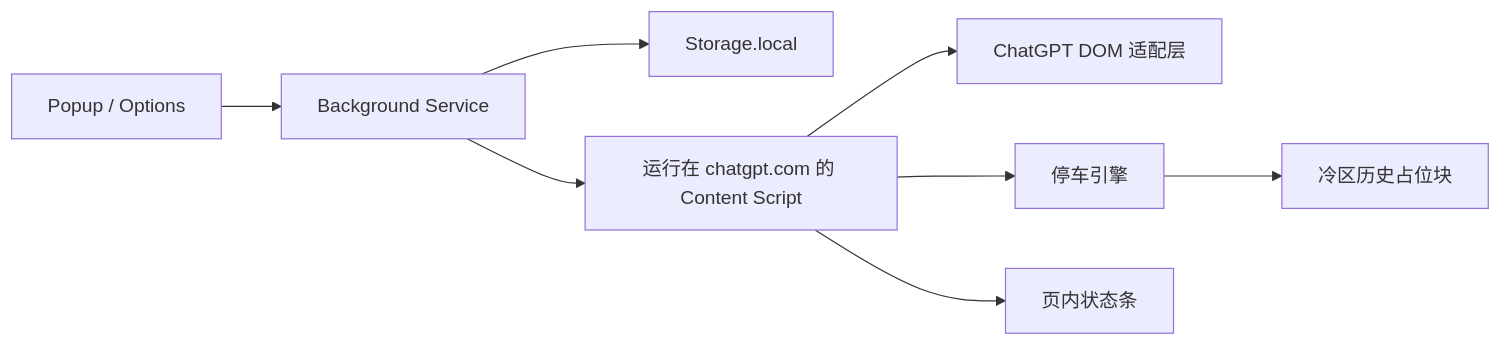
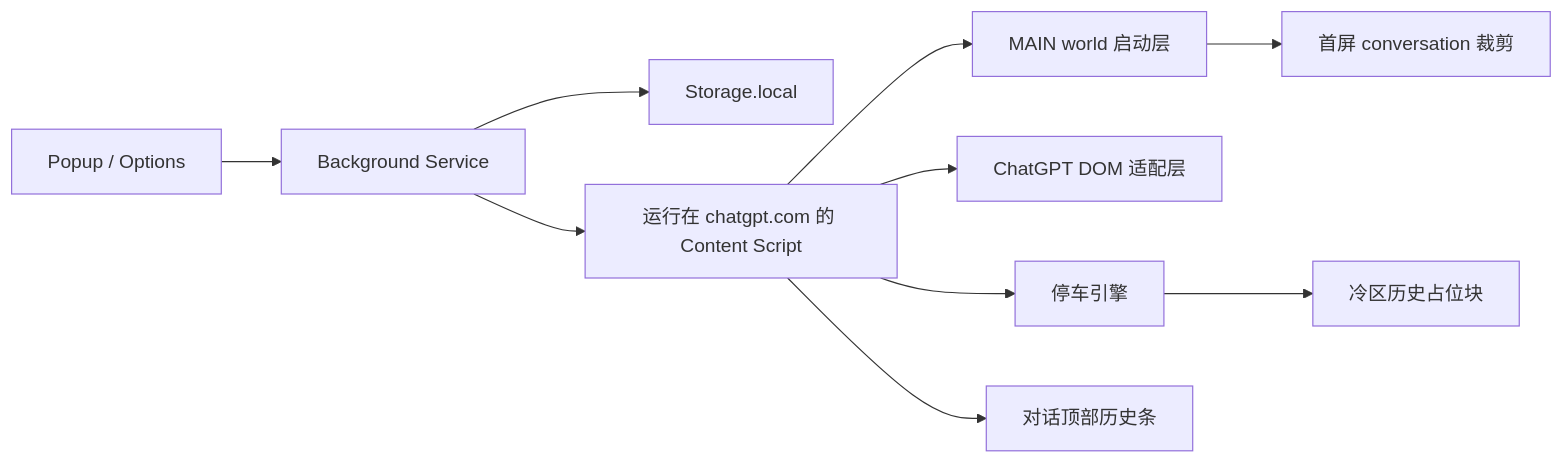
The diagram in docs/architecture.zh-CN.md (mo2g/ChatGPT-TurboRender), drawn with Mermaid before and after one commit. The commit also changed other lines of this file and 18 other files, not shown here.

````diff
--- a/docs/architecture.zh-CN.md
+++ b/docs/architecture.zh-CN.md
@@ -37,10 +37,12 @@
 ```mermaid
 flowchart LR
   A["Popup / Options"] --> B["Background Service"]
   B --> C["Storage.local"]
   B --> D["运行在 chatgpt.com 的 Content Script"]
-  D --> E["ChatGPT DOM 适配层"]
-  D --> F["停车引擎"]
-  D --> G["页内状态条"]
-  F --> H["冷区历史占位块"]
+  D --> E["MAIN world 启动层"]
+  D --> F["ChatGPT DOM 适配层"]
+  D --> G["停车引擎"]
+  D --> H["对话顶部历史条"]
+  E --> I["首屏 conversation 裁剪"]
+  G --> J["冷区历史占位块"]
 ```
````
